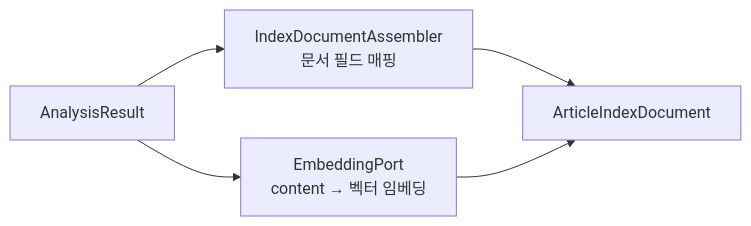
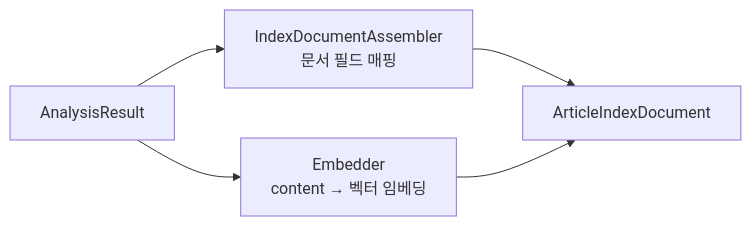
The second of 3 diagrams in indexer/ARCHITECTURE.md (vonkernel/local-incident-tracker), drawn with Mermaid before and after one commit. The commit also changed other lines of this file, not shown here.

First line of the commit message:
Update indexer ARCHITECTURE.md to align with hexagonal architecture conventions

````diff
--- a/indexer/ARCHITECTURE.md
+++ b/indexer/ARCHITECTURE.md
@@ -73,7 +73,7 @@
 ```mermaid
 flowchart LR
     AR[AnalysisResult] --> A1[IndexDocumentAssembler<br/>문서 필드 매핑]
-    AR --> A2[EmbeddingPort<br/>content → 벡터 임베딩]
+    AR --> A2[Embedder<br/>content → 벡터 임베딩]
     A1 --> R["ArticleIndexDocument"]
     A2 --> R
 ```
````
